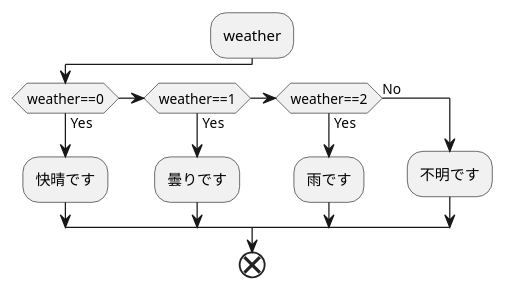
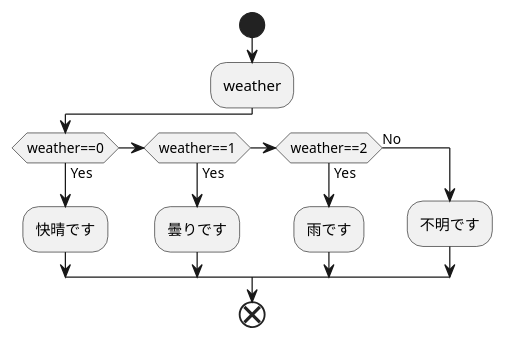
Before and after one commit to Aso2001409/2021sys-design: the diagram in kadai4_4.md, drawn with PlantUML.

````diff
--- a/kadai4_4.md
+++ b/kadai4_4.md
@@ -1,15 +1,16 @@
 ```uml
 @startuml
+start
 :weather;
 if(weather==0)then(Yes)
   :快晴です;
 else if(weather==1)then(Yes)
   :曇りです;
 else if(weather==2)then(Yes)
   :雨です;
 else(No)
   :不明です;
 endif
 end
 @enduml
 ```
````
